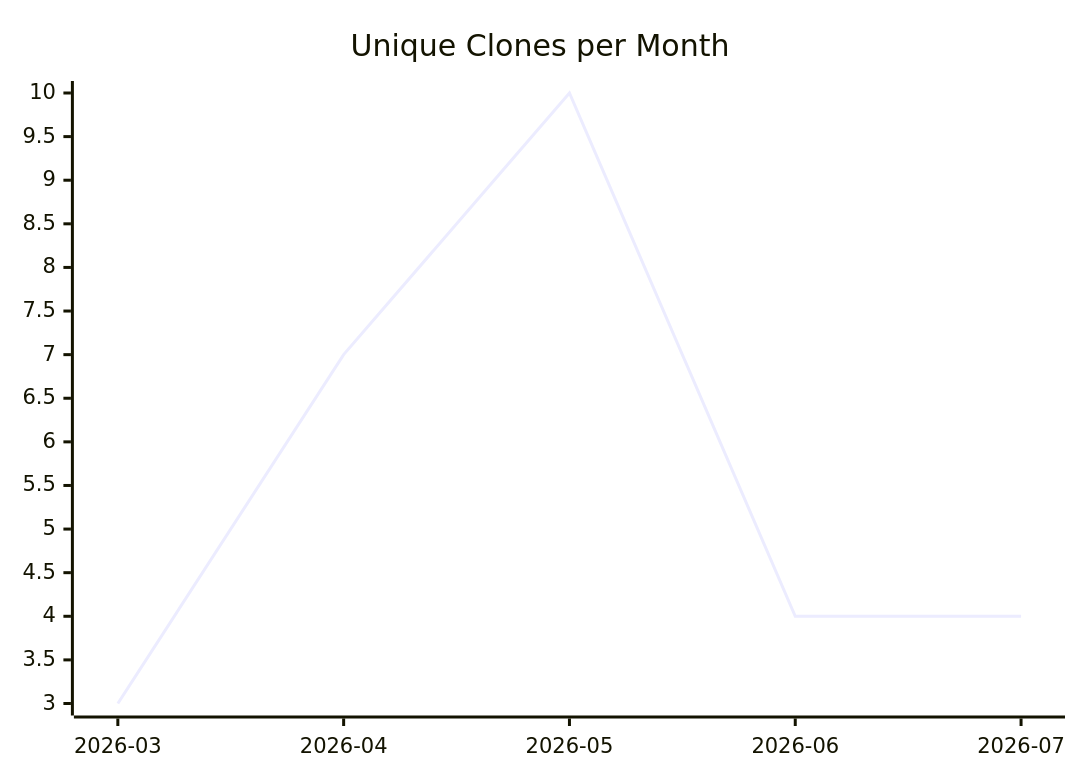
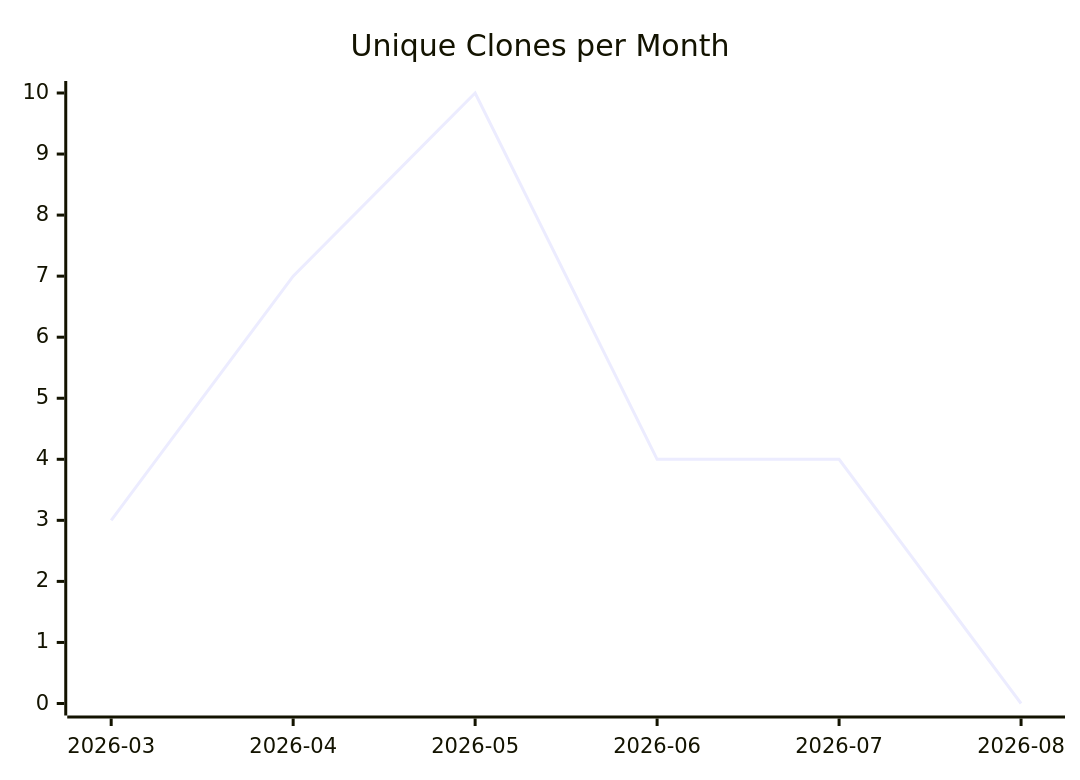
Before and after one commit to justdavis-family/github-analytics-data: the third of 3 diagrams in karlmdavis/test-repo-for-move/README.md, drawn with Mermaid. The commit also changed other lines of this file and 180 other files, not shown here.

````diff
--- a/karlmdavis/test-repo-for-move/README.md
+++ b/karlmdavis/test-repo-for-move/README.md
@@ -19,6 +19,6 @@
 ```mermaid
 xychart-beta
   title "Unique Clones per Month"
-  x-axis ["2026-03", "2026-04", "2026-05", "2026-06", "2026-07"]
-  line [3, 7, 10, 4, 4]
+  x-axis ["2026-03", "2026-04", "2026-05", "2026-06", "2026-07", "2026-08"]
+  line [3, 7, 10, 4, 4, 0]
 ```
````
